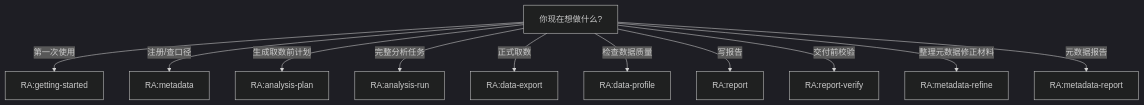
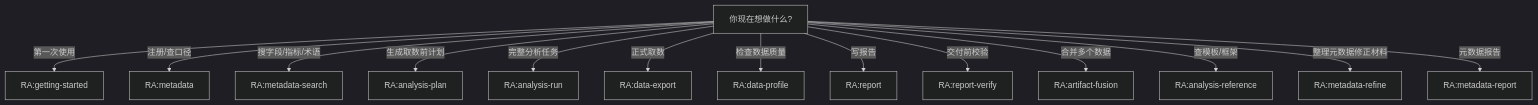
Before and after one commit to dabaige53/RealAnalyst: the second of 2 diagrams in README.md, drawn with Mermaid (dark theme). The commit also changed other lines of this file and 6 other files, not shown here.

````diff
--- a/README.md
+++ b/README.md
@@ -255,14 +228,17 @@
 ```mermaid
 flowchart TD
     Q[你现在想做什么?]
     Q -->|第一次使用| GS[RA:getting-started]
     Q -->|注册/查口径| M[RA:metadata]
+    Q -->|搜字段/指标/术语| MS[RA:metadata-search]
     Q -->|生成取数前计划| AP[RA:analysis-plan]
     Q -->|完整分析任务| AR[RA:analysis-run]
     Q -->|正式取数| EX[RA:data-export]
     Q -->|检查数据质量| DP[RA:data-profile]
     Q -->|写报告| R[RA:report]
     Q -->|交付前校验| RV[RA:report-verify]
+    Q -->|合并多个数据| AF[RA:artifact-fusion]
+    Q -->|查模板/框架| RL[RA:analysis-reference]
     Q -->|整理元数据修正材料| REF[RA:metadata-refine]
     Q -->|元数据报告| MR[RA:metadata-report]
 ```
````
